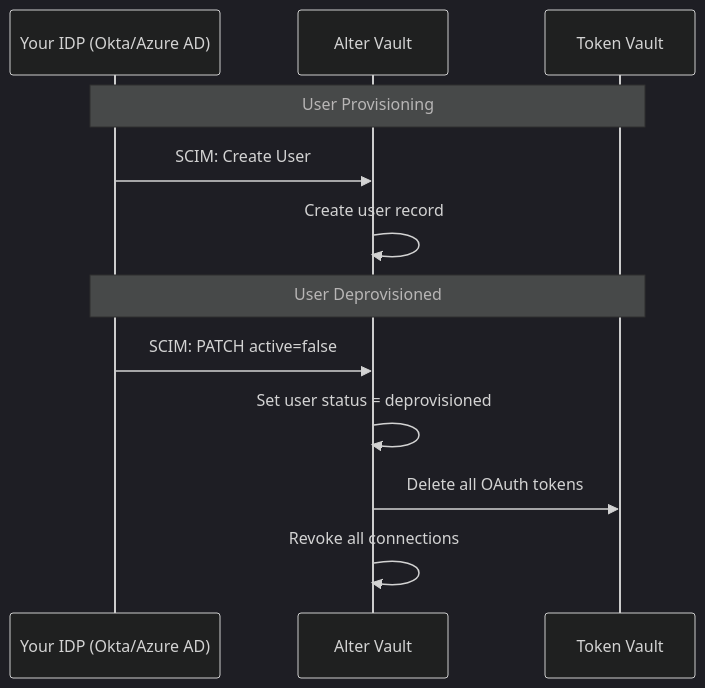
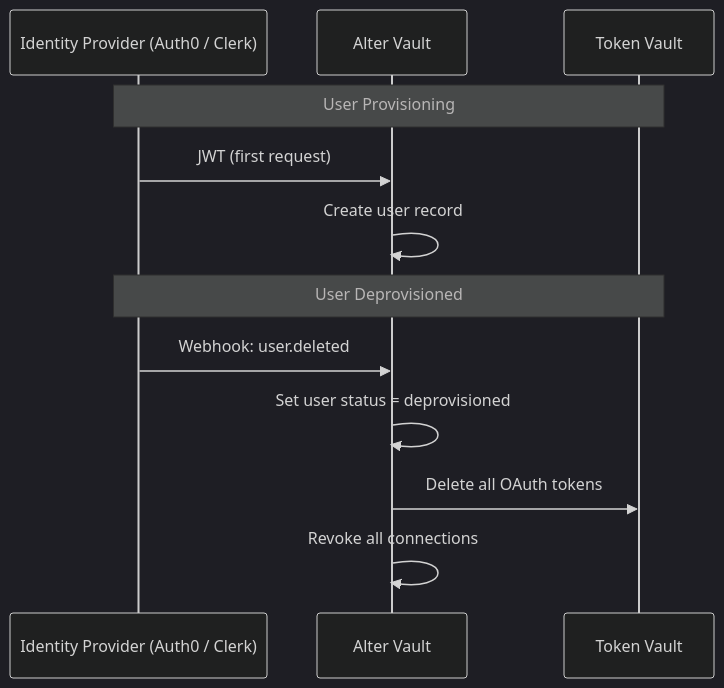
The first of 2 diagrams in identity-providers/overview.mdx (AlterAIDev/docs), drawn with Mermaid (dark theme) before and after one commit. The commit also changed other lines of this file and 24 other files, not shown here.

````diff
--- a/identity-providers/overview.mdx
+++ b/identity-providers/overview.mdx
@@ -29,16 +29,16 @@
 ```mermaid
 sequenceDiagram
-    participant IDP as Your IDP (Okta/Azure AD)
+    participant IDP as Identity Provider (Auth0 / Clerk)
     participant AV as Alter Vault
     participant Vault as Token Vault
 
     Note over IDP,Vault: User Provisioning
-    IDP->>AV: SCIM: Create User
+    IDP->>AV: JWT (first request)
     AV->>AV: Create user record
 
     Note over IDP,Vault: User Deprovisioned
-    IDP->>AV: SCIM: PATCH active=false
+    IDP->>AV: Webhook: user.deleted
     AV->>AV: Set user status = deprovisioned
     AV->>Vault: Delete all OAuth tokens
     AV->>AV: Revoke all connections
 ```
````
